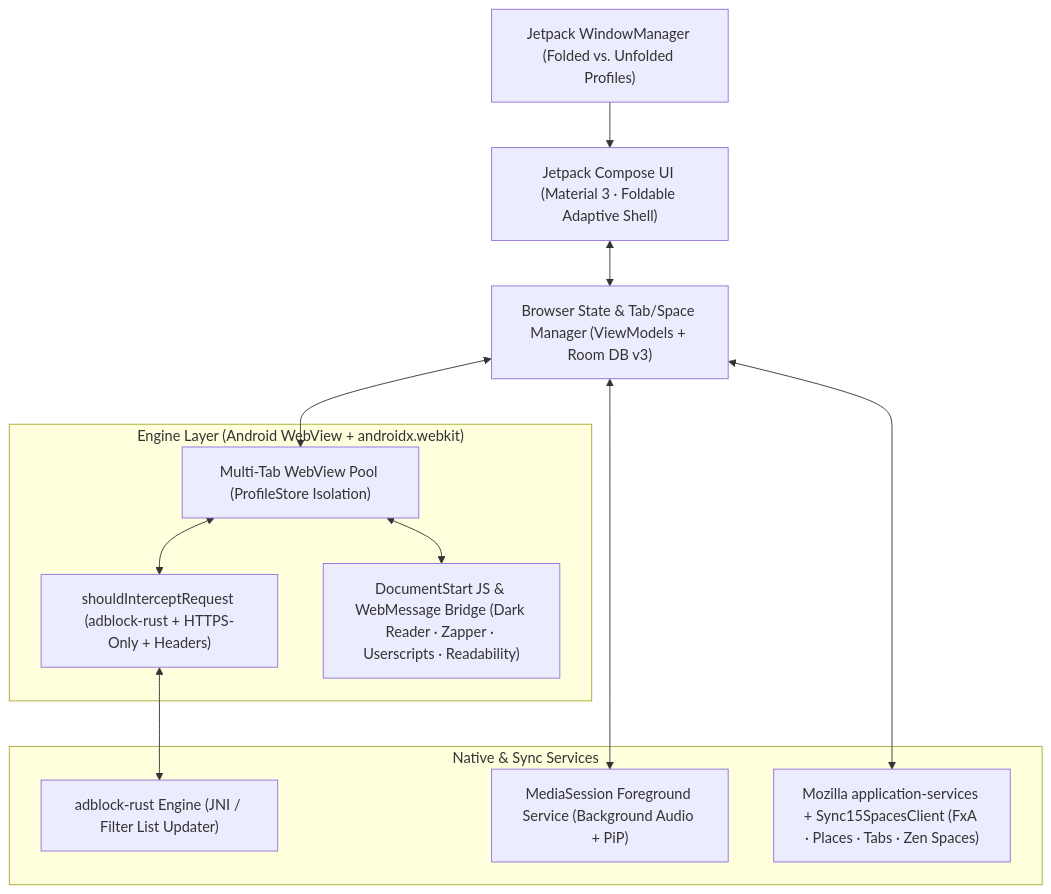
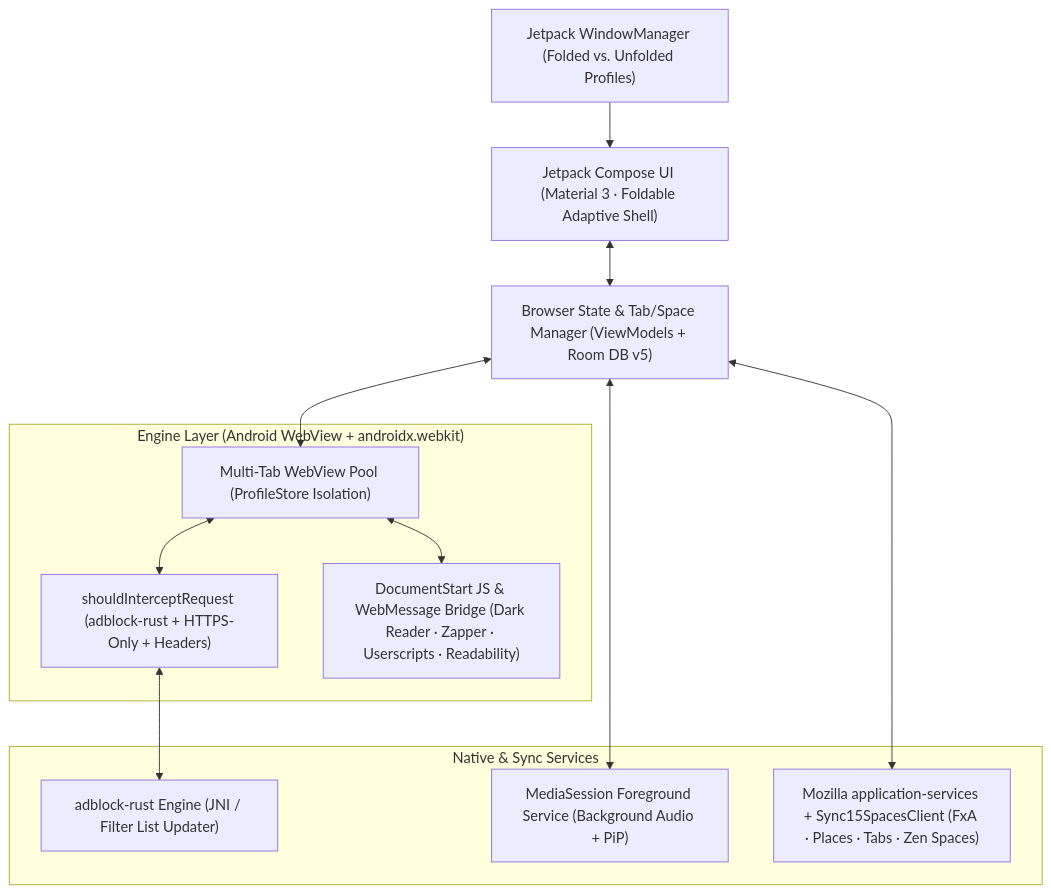
Before and after one commit to Waspo98/swiftfox: the diagram in docs/PLAN.md, drawn with Mermaid. The commit also changed other lines of this file and 1 other file, not shown here.

Commit message:
docs: update README and architecture plan for Spaces, pull-to-refresh, and Room v5

````diff
--- a/docs/PLAN.md
+++ b/docs/PLAN.md
@@ -32,27 +32,27 @@
 ```mermaid
 flowchart TD
     UI["Jetpack Compose UI (Material 3 · Foldable Adaptive Shell)"]
     WM["Jetpack WindowManager (Folded vs. Unfolded Profiles)"]
-    VM["Browser State & Tab/Space Manager (ViewModels + Room DB v3)"]
+    VM["Browser State & Tab/Space Manager (ViewModels + Room DB v5)"]
 
     subgraph Engine["Engine Layer (Android WebView + androidx.webkit)"]
         WV["Multi-Tab WebView Pool (ProfileStore Isolation)"]
         NET["shouldInterceptRequest (adblock-rust + HTTPS-Only + Headers)"]
         JS["DocumentStart JS & WebMessage Bridge (Dark Reader · Zapper · Userscripts · Readability)"]
     end
 
     subgraph Native["Native & Sync Services"]
         ADB["adblock-rust Engine (JNI / Filter List Updater)"]
         MEDIA["MediaSession Foreground Service (Background Audio + PiP)"]
         SYNC["Mozilla application-services + Sync15SpacesClient (FxA · Places · Tabs · Zen Spaces)"]
     end
 
     WM --> UI
     UI <--> VM
     VM <--> WV
     WV <--> NET
     WV <--> JS
     NET <--> ADB
     VM <--> MEDIA
     VM <--> SYNC
 ```
````
